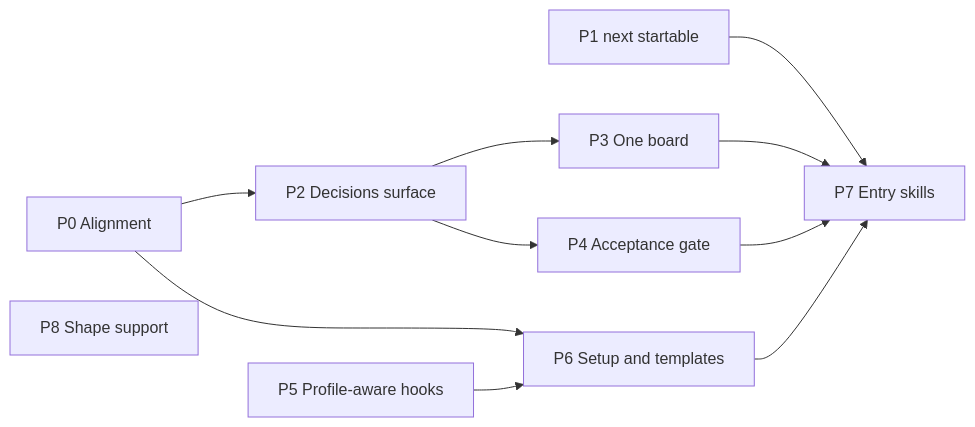
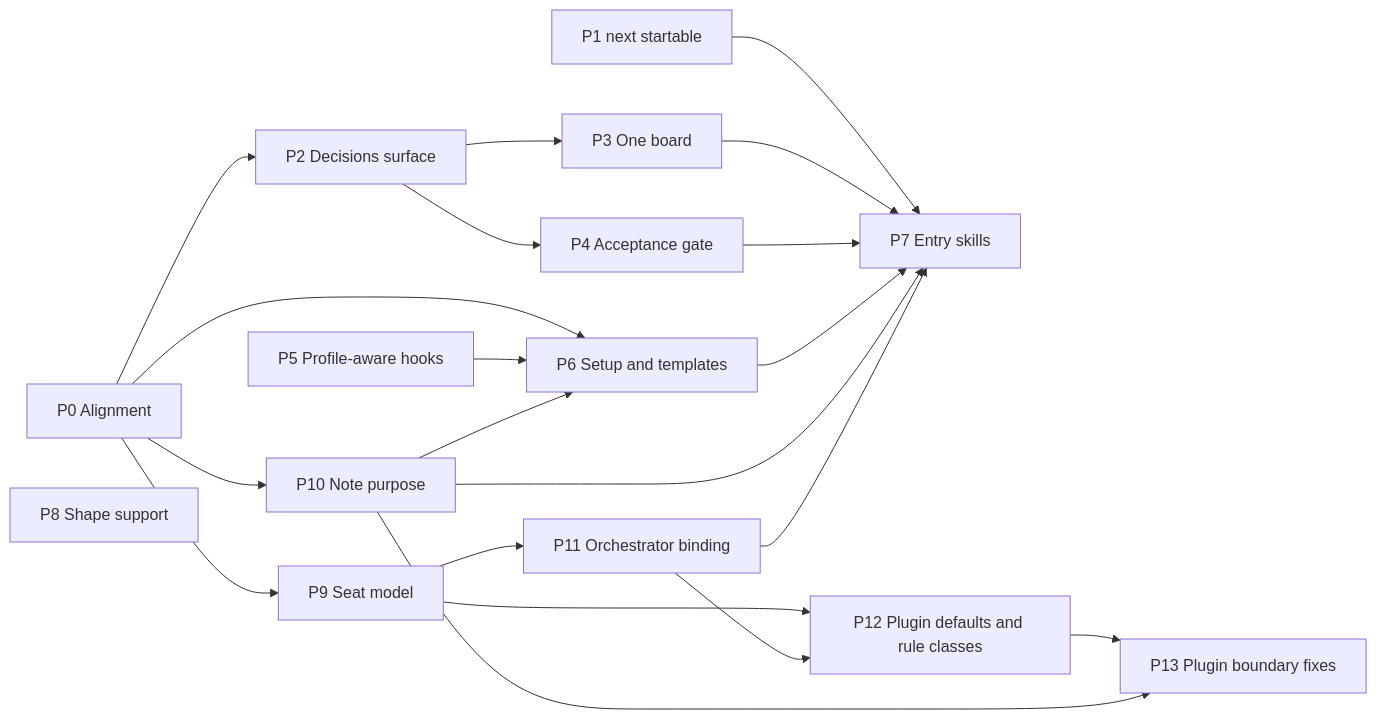
The diagram in design/architecture-breakdown.md (jpicklyk/task-orchestrator), drawn with Mermaid before and after one commit. The commit also changed other lines of this file and 48 other files, not shown here.

First line of the commit message:
docs(design): target architecture from the boundary analysis; slim root CLAUDE.md (#811)

````diff
--- a/design/architecture-breakdown.md
+++ b/design/architecture-breakdown.md
@@ -121,14 +209,24 @@
 ```mermaid
 flowchart LR
   P0[P0 Alignment] --> P2[P2 Decisions surface]
   P0 --> P6[P6 Setup and templates]
   P1[P1 next startable]
   P5[P5 Profile-aware hooks] --> P6
   P8[P8 Shape support]
   P2 --> P3[P3 One board]
   P2 --> P4[P4 Acceptance gate]
   P1 --> P7[P7 Entry skills]
   P3 --> P7
   P4 --> P7
   P6 --> P7
+  P0 --> P9[P9 Seat model]
+  P0 --> P10[P10 Note purpose]
+  P9 --> P11[P11 Orchestrator binding]
+  P9 --> P12[P12 Plugin defaults and rule classes]
+  P11 --> P12
+  P12 --> P13[P13 Plugin boundary fixes]
+  P10 --> P13
+  P10 --> P6
+  P10 --> P7
+  P11 --> P7
 ```
````
